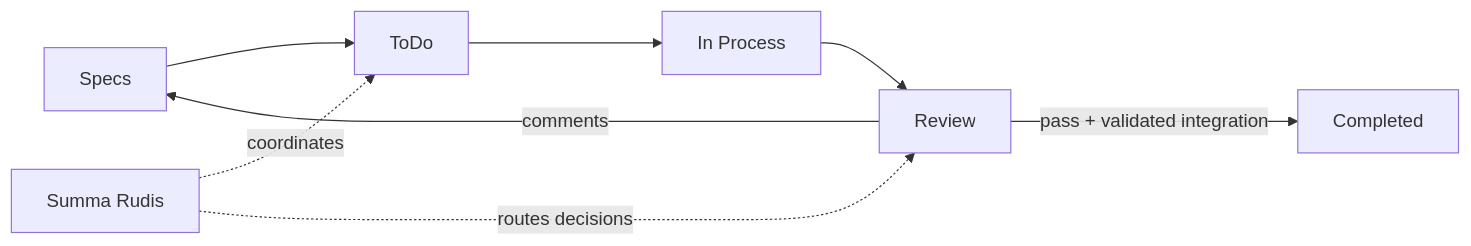
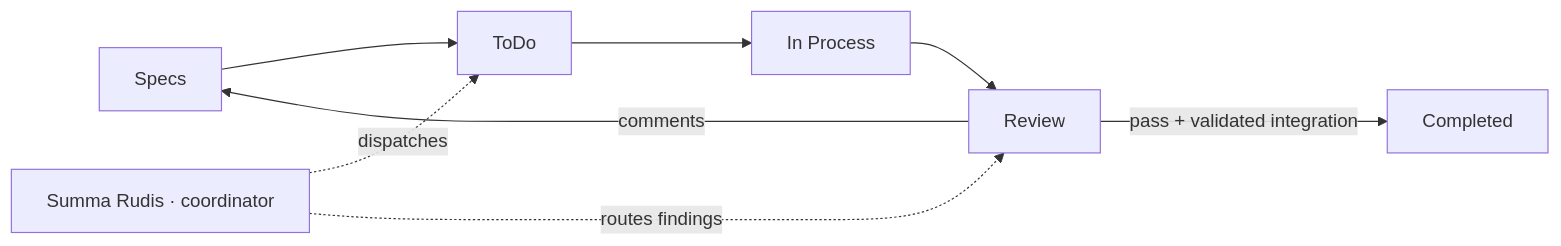
One commit to mpakus/cuckoding.com changed the diagram in docs/FLOW.md. Above: the diagram before and after it, drawn with Mermaid. The commit also changed other lines of this file and 26 other files, not shown here.

````diff
--- a/docs/FLOW.md
+++ b/docs/FLOW.md
@@ -150,8 +76,8 @@
 ```mermaid
 flowchart LR
   Specs --> ToDo --> Work["In Process"] --> Review
   Review -->|comments| Specs
   Review -->|pass + validated integration| Completed
-  Rudis["Summa Rudis"] -.coordinates.-> ToDo
-  Rudis -.routes decisions.-> Review
+  Rudis["Summa Rudis · coordinator"] -.dispatches.-> ToDo
+  Rudis -.routes findings.-> Review
 ```
````
